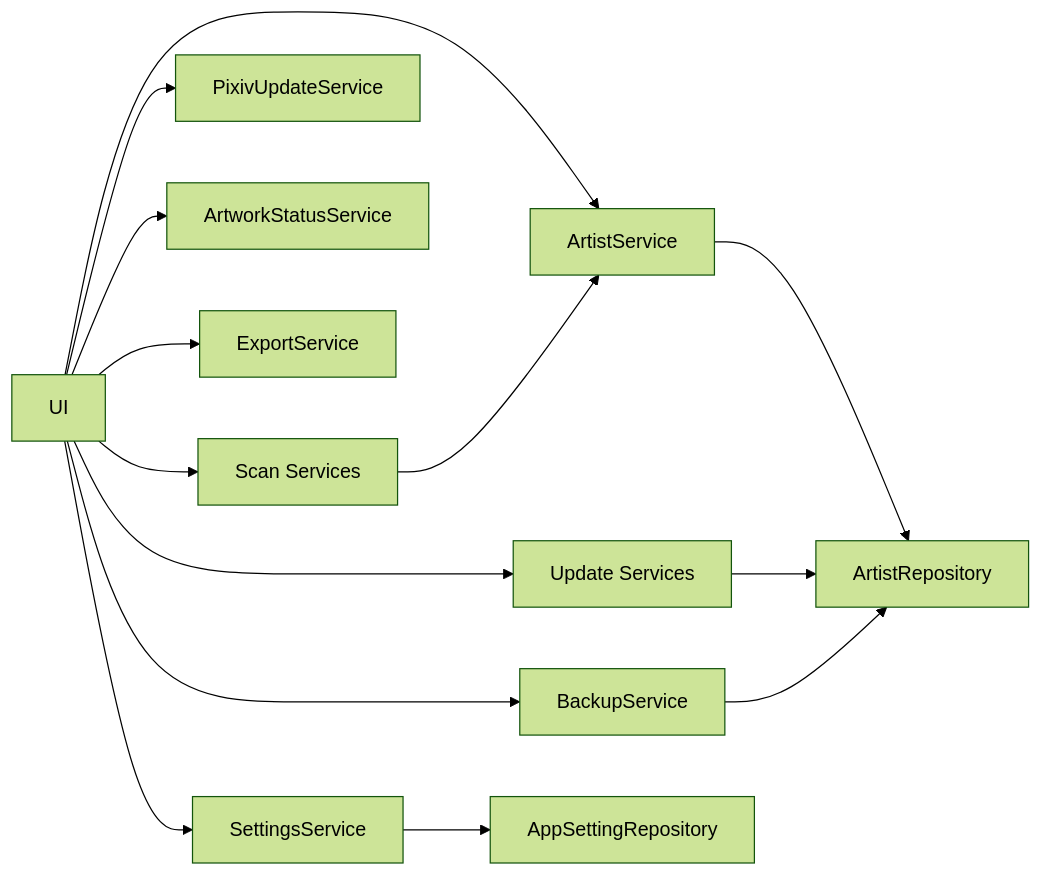
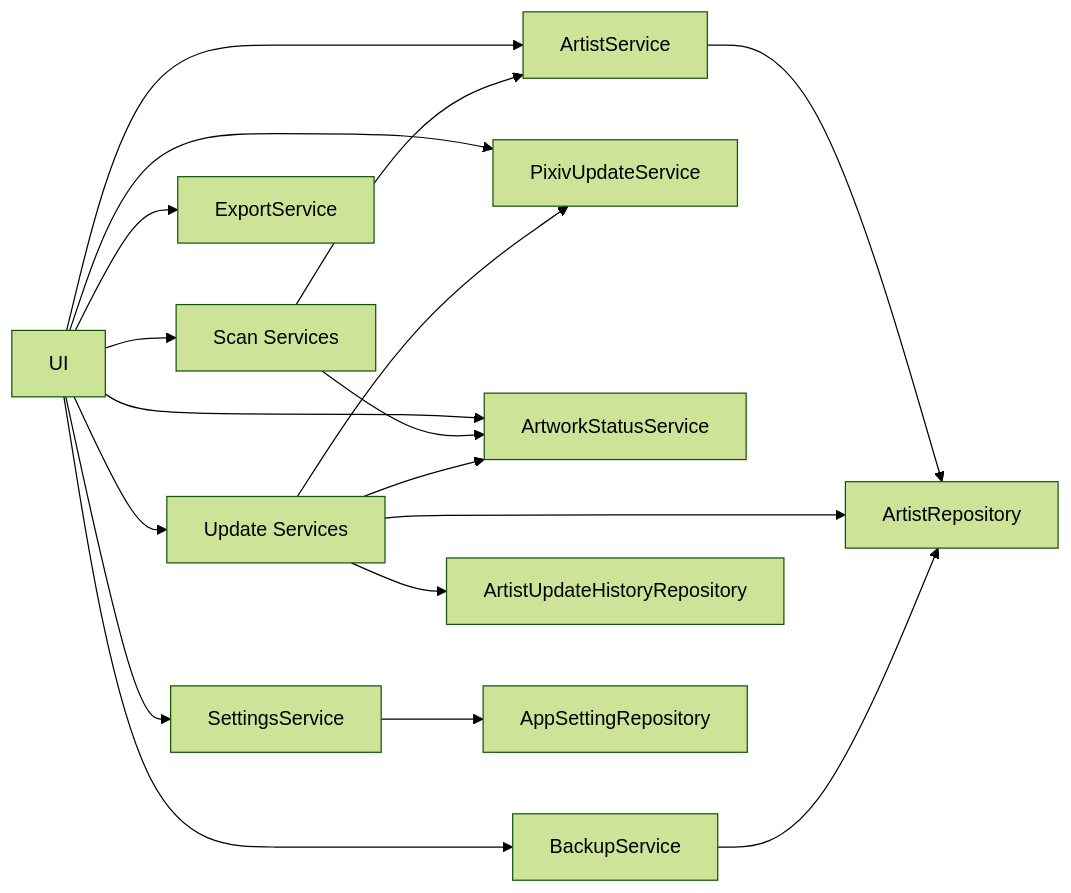
One commit to PKT0623/PixivLocalManager changed the diagram in docs/08_SERVICES.md. Above: the diagram before and after it, drawn with Mermaid (forest theme). The commit also changed other lines of this file and 3 other files, not shown here.

````diff
--- a/docs/08_SERVICES.md
+++ b/docs/08_SERVICES.md
@@ -64,20 +83,28 @@
 ```mermaid
 flowchart LR
 
 UI[UI]
 
 UI --> ARTIST[ArtistService]
 UI --> SCAN[Scan Services]
 UI --> UPDATE[Update Services]
 UI --> PIXIV[PixivUpdateService]
 UI --> STATUS[ArtworkStatusService]
 UI --> BACKUP[BackupService]
 UI --> EXPORT[ExportService]
 UI --> SETTINGS[SettingsService]
 
-ARTIST --> REPO[ArtistRepository]
+ARTIST --> ARTIST_REPO[ArtistRepository]
+
 SCAN --> ARTIST
-UPDATE --> REPO
-BACKUP --> REPO
+SCAN --> STATUS
+
+UPDATE --> ARTIST_REPO
+UPDATE --> HISTORY_REPO[ArtistUpdateHistoryRepository]
+UPDATE --> STATUS
+UPDATE --> PIXIV
+
+BACKUP --> ARTIST_REPO
+
 SETTINGS --> SETTING_REPO[AppSettingRepository]
 ```
````
